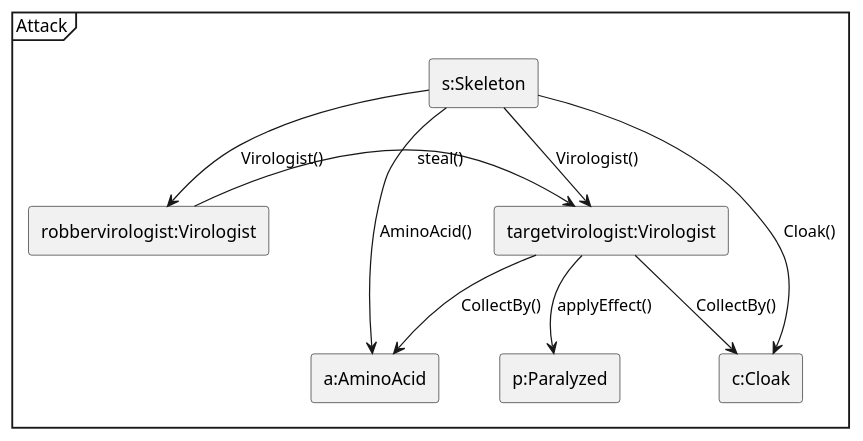
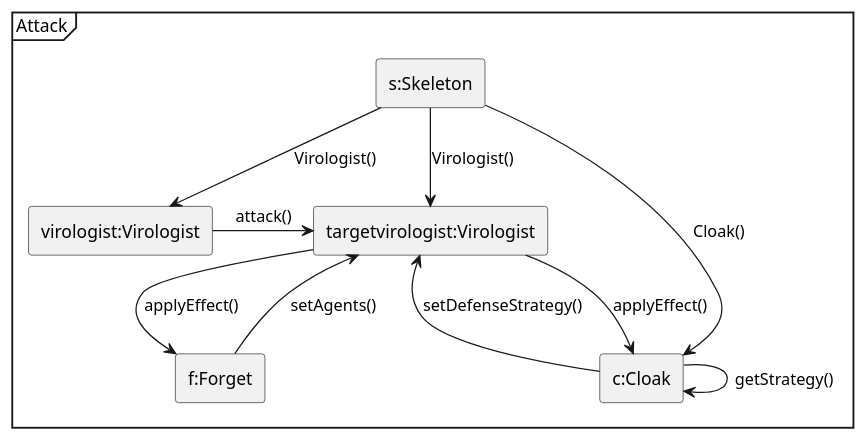
One commit to Projlab-csb/projlab-virologus changed the diagram in skeleton/communication-diagram/Matter&EquipmentManagement/Attack.puml. Above: the diagram before and after it, drawn with PlantUML.

Commit message:
Attack communication diagram

```diff
--- a/skeleton/communication-diagram/Matter&EquipmentManagement/Attack.puml
+++ b/skeleton/communication-diagram/Matter&EquipmentManagement/Attack.puml
@@ -1,21 +1,21 @@
 @startuml
 
 mainframe Attack
 
 skinparam linestyle ortho
 rectangle "s:Skeleton" as s
 rectangle "targetvirologist:Virologist" as t
-rectangle "robbervirologist:Virologist" as r
+rectangle "virologist:Virologist" as v
 rectangle "c:Cloak" as c
-rectangle "a:AminoAcid" as a
-rectangle "p:Paralyzed" as p
+rectangle "f:Forget" as f
 
 s -down-> t:Virologist()
 s -down-> c:Cloak()
-s -down-> a:AminoAcid()
-t -down-> a:CollectBy()
-t -down-> c:CollectBy()
-s -down-> r:Virologist()
-t -down-> p:applyEffect()
-r -right-> t:steal()
+s -down-> v:Virologist()
+t -down-> c:applyEffect()
+t -down-> f:applyEffect()
+v -right-> t:attack()
+c -right-> c:getStrategy()
+c -up-> t:setDefenseStrategy()
+f -up-> t:setAgents()
 @enduml
```
